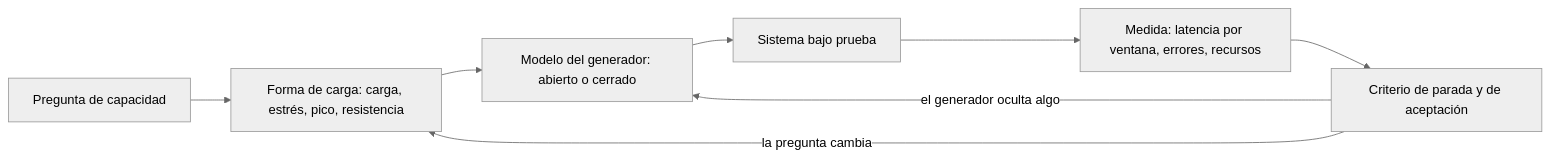
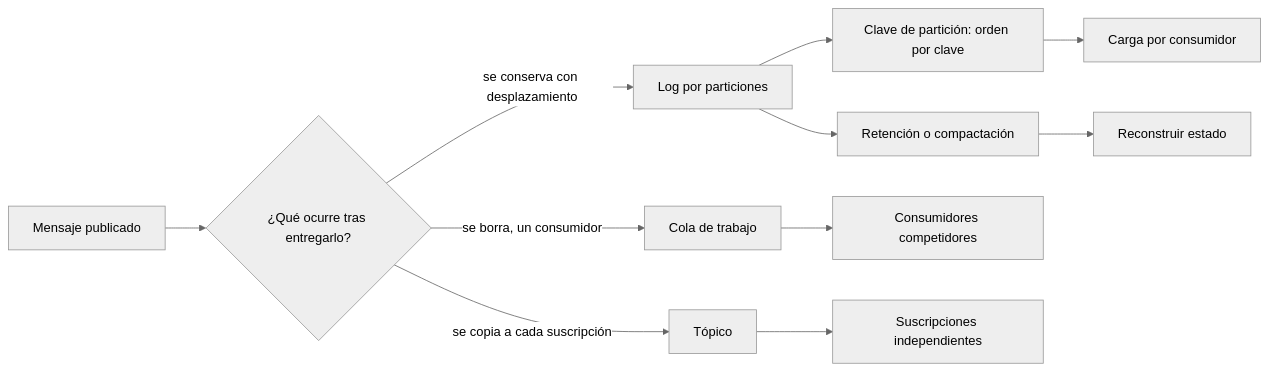
Before and after one commit to vladimiracunadev-create/modern-software-engineering-program: the diagram in content/part-31/SE-375.md, drawn with Mermaid (neutral theme). The commit also changed other lines of this file and 5193 other files, not shown here.

````diff
--- a/content/part-31/SE-375.md
+++ b/content/part-31/SE-375.md
@@ -54,10 +55,13 @@
 ```mermaid
 flowchart LR
-    A[Pregunta de capacidad] --> B[Forma de carga: carga, estrés, pico, resistencia]
-    B --> C[Modelo del generador: abierto o cerrado]
-    C --> D[Sistema bajo prueba]
-    D --> E[Medida: latencia por ventana, errores, recursos]
-    E --> F[Criterio de parada y de aceptación]
-    F -->|el generador oculta algo| C
-    F -->|la pregunta cambia| B
+    A[Mensaje publicado] --> B{¿Qué ocurre tras entregarlo?}
+    B -->|se borra, un consumidor| C[Cola de trabajo]
+    B -->|se copia a cada suscripción| D[Tópico]
+    B -->|se conserva con desplazamiento| E[Log por particiones]
+    E --> F[Clave de partición: orden por clave]
+    E --> G[Retención o compactación]
+    C --> H[Consumidores competidores]
+    D --> I[Suscripciones independientes]
+    F --> J[Carga por consumidor]
+    G --> K[Reconstruir estado]
 ```
````
